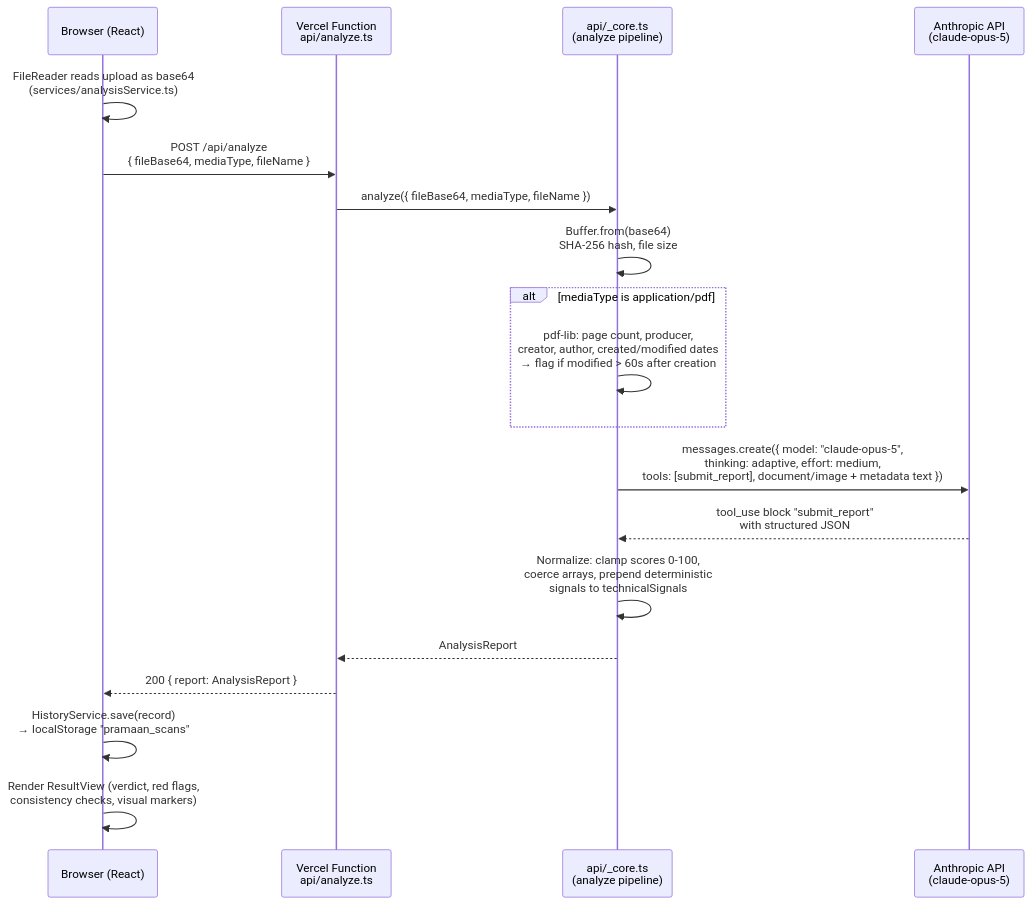
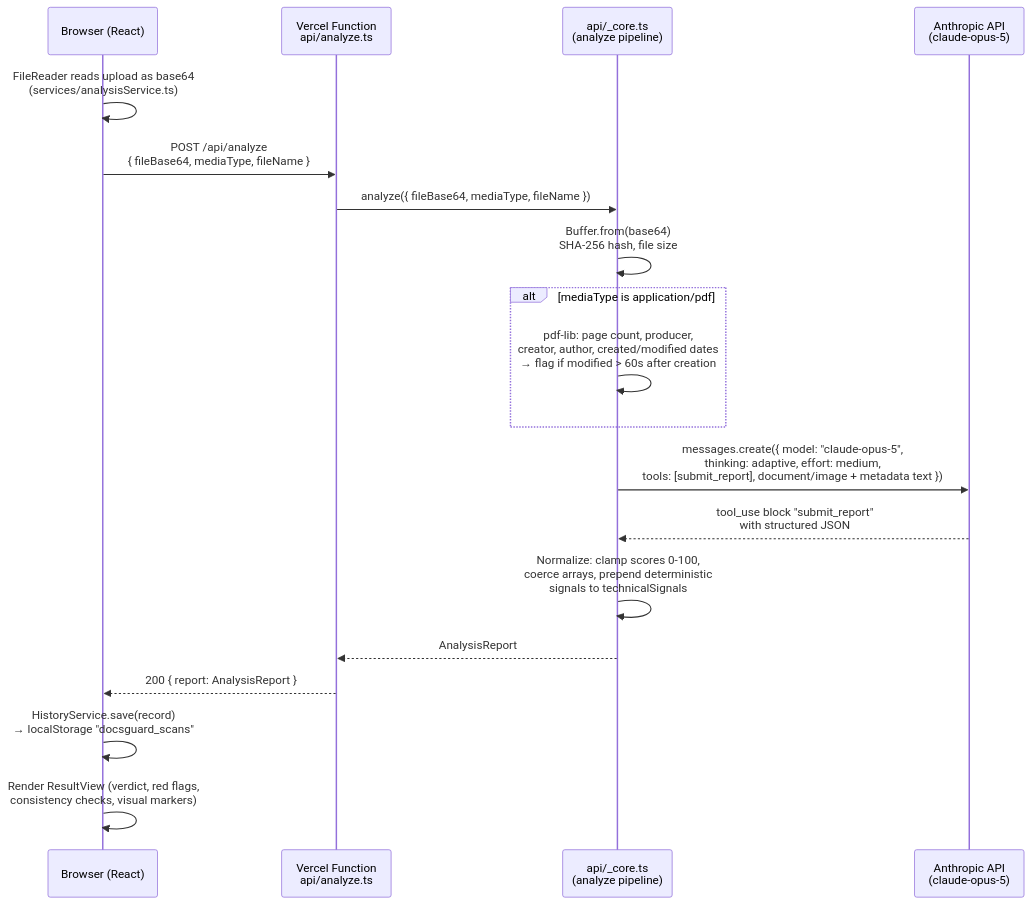
One commit to Yashraj00700/pramaan changed the diagram in docs/ARCHITECTURE.md. Above: the diagram before and after it, drawn with Mermaid. The commit also changed other lines of this file and 46 other files, not shown here.

````diff
--- a/docs/ARCHITECTURE.md
+++ b/docs/ARCHITECTURE.md
@@ -32,22 +32,22 @@
 ```mermaid
 sequenceDiagram
     participant B as Browser (React)
     participant V as Vercel Function<br/>api/analyze.ts
     participant C as api/_core.ts<br/>(analyze pipeline)
     participant A as Anthropic API<br/>(claude-opus-5)
 
     B->>B: FileReader reads upload as base64<br/>(services/analysisService.ts)
     B->>V: POST /api/analyze<br/>{ fileBase64, mediaType, fileName }
     V->>C: analyze({ fileBase64, mediaType, fileName })
     C->>C: Buffer.from(base64)<br/>SHA-256 hash, file size
     alt mediaType is application/pdf
         C->>C: pdf-lib: page count, producer,<br/>creator, author, created/modified dates<br/>→ flag if modified > 60s after creation
     end
     C->>A: messages.create({ model: "claude-opus-5",<br/>thinking: adaptive, effort: medium,<br/>tools: [submit_report], document/image + metadata text })
     A-->>C: tool_use block "submit_report"<br/>with structured JSON
     C->>C: Normalize: clamp scores 0-100,<br/>coerce arrays, prepend deterministic<br/>signals to technicalSignals
     C-->>V: AnalysisReport
     V-->>B: 200 { report: AnalysisReport }
-    B->>B: HistoryService.save(record)<br/>→ localStorage "pramaan_scans"
+    B->>B: HistoryService.save(record)<br/>→ localStorage "docsguard_scans"
     B->>B: Render ResultView (verdict, red flags,<br/>consistency checks, visual markers)
 ```
````
